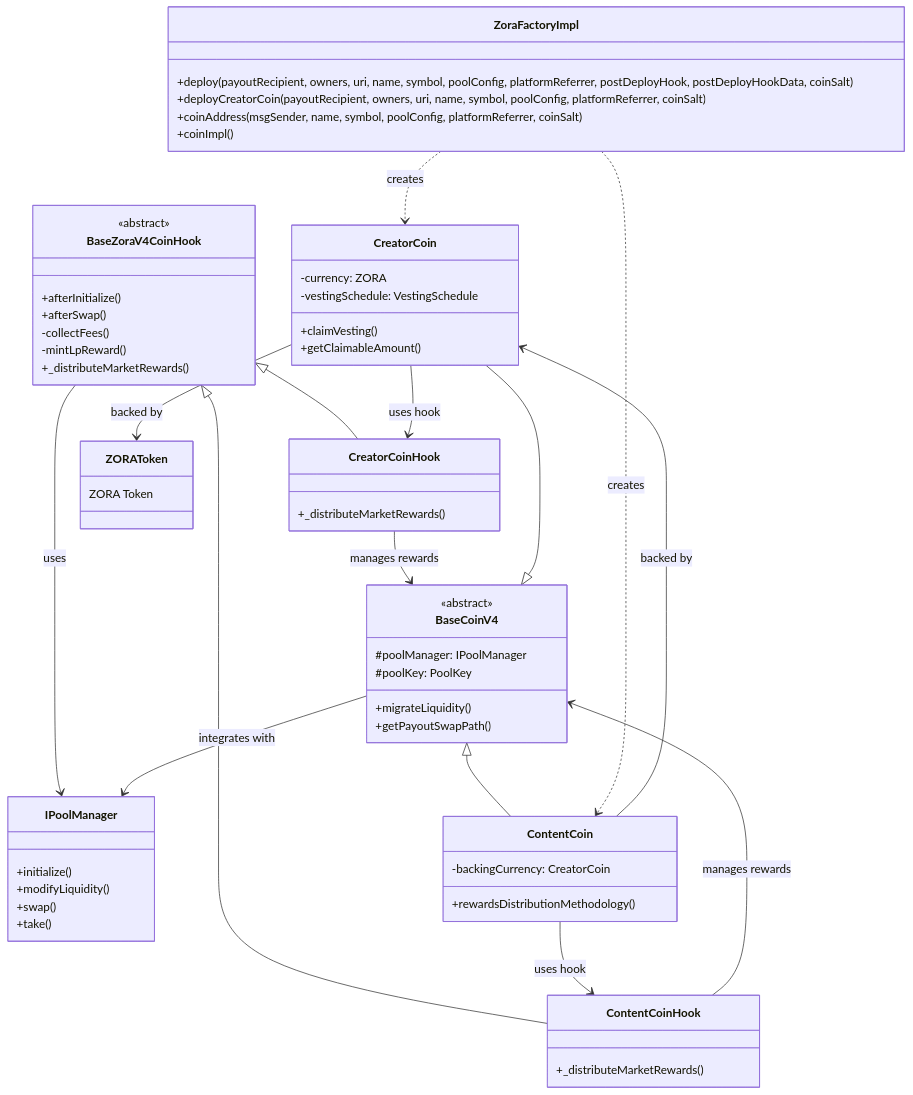
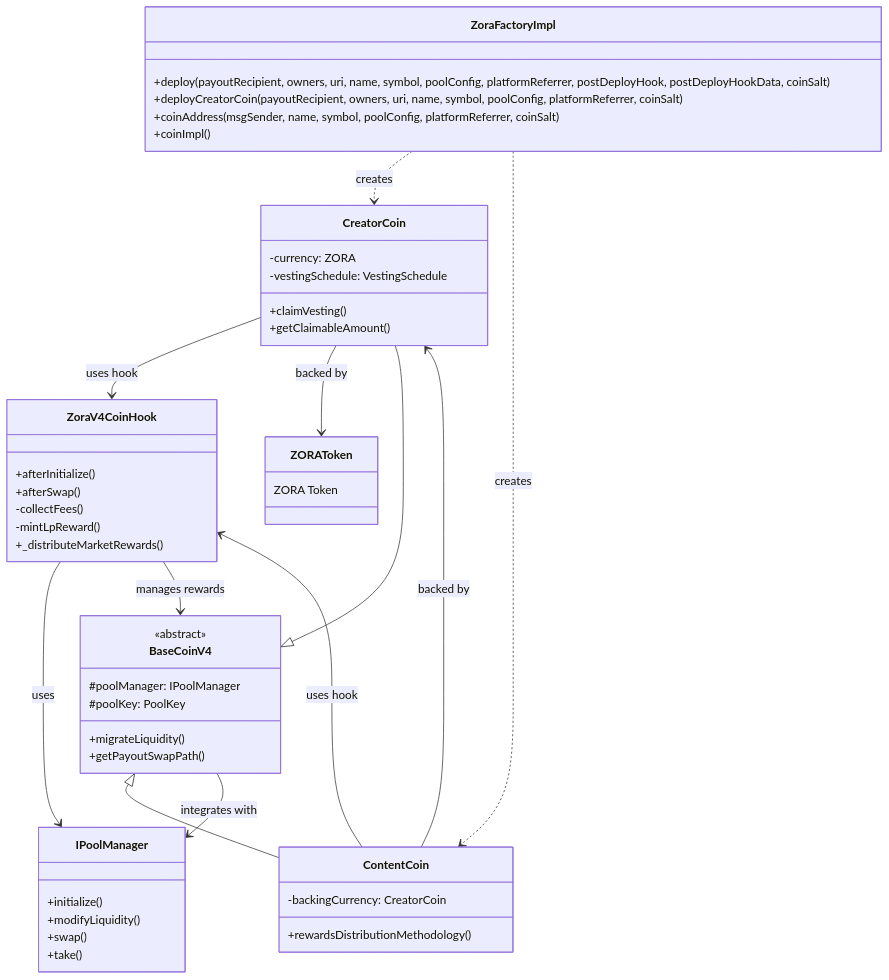
One commit to ourzora/zora-protocol changed the diagram in docs/pages/coins/contracts/architecture.mdx. Above: the diagram before and after it, drawn with Mermaid. The commit also changed other lines of this file and 10 other files, not shown here.

```diff
--- a/docs/pages/coins/contracts/architecture.mdx
+++ b/docs/pages/coins/contracts/architecture.mdx
@@ -44,20 +44,11 @@
     }
     
     %% Hooks Package
-    class BaseZoraV4CoinHook {
-        <<abstract>>
+    class ZoraV4CoinHook {
         +afterInitialize()
         +afterSwap()
         -collectFees()
         -mintLpReward()
-        +_distributeMarketRewards()
-    }
-    
-    class ContentCoinHook {
-        +_distributeMarketRewards()
-    }
-    
-    class CreatorCoinHook {
         +_distributeMarketRewards()
     }
     
@@ -68,22 +59,20 @@
     %% Inheritance relationships
     BaseCoinV4 <|-- CreatorCoin
     BaseCoinV4 <|-- ContentCoin
-    BaseZoraV4CoinHook <|-- ContentCoinHook
-    BaseZoraV4CoinHook <|-- CreatorCoinHook
+    %% Unified hook - no subclassing per coin type
     
     %% Factory relationships
     ZoraFactoryImpl ..> CreatorCoin : creates
     ZoraFactoryImpl ..> ContentCoin : creates
     
     %% Hook relationships
-    BaseZoraV4CoinHook --> IPoolManager : uses
-    ContentCoinHook --> BaseCoinV4 : manages rewards
-    CreatorCoinHook --> BaseCoinV4 : manages rewards
+    ZoraV4CoinHook --> IPoolManager : uses
+    ZoraV4CoinHook --> BaseCoinV4 : manages rewards
     
     %% Pool Manager relationships
     BaseCoinV4 --> IPoolManager : integrates with
-    CreatorCoin --> CreatorCoinHook : uses hook
-    ContentCoin --> ContentCoinHook : uses hook
+    CreatorCoin --> ZoraV4CoinHook : uses hook
+    ContentCoin --> ZoraV4CoinHook : uses hook
     
     %% Currency relationships
     ContentCoin --> CreatorCoin : backed by
```
